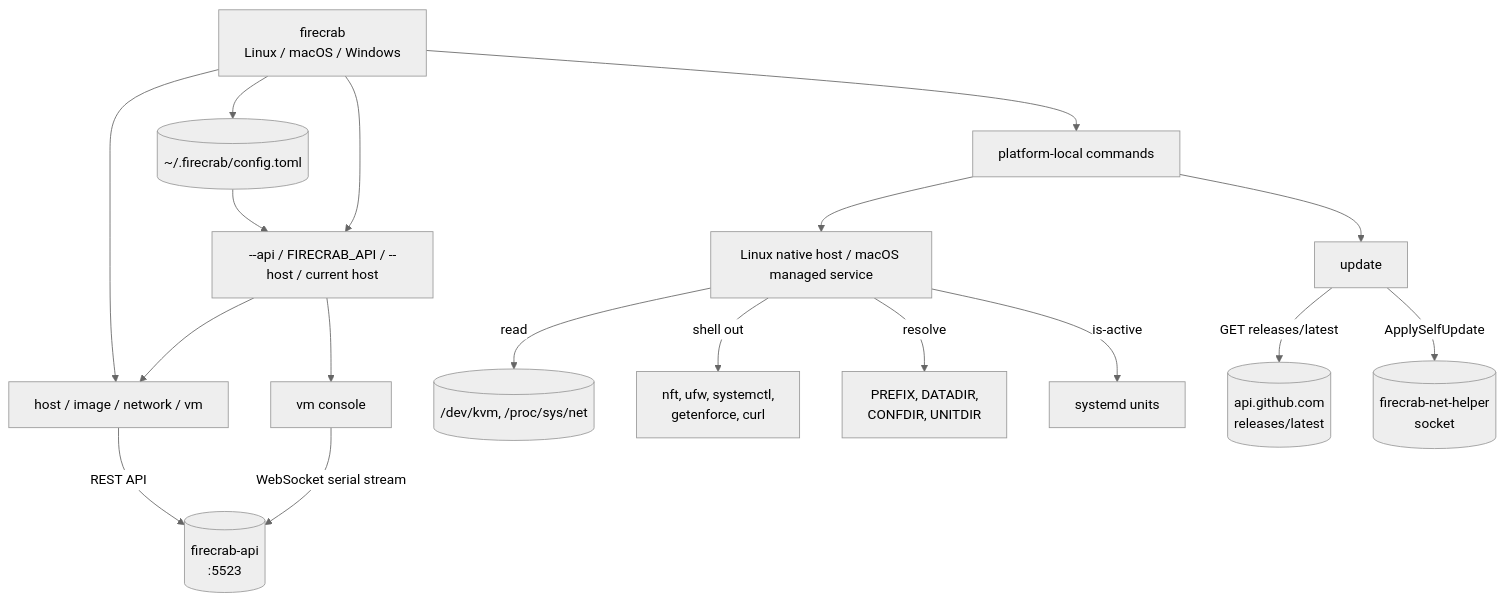
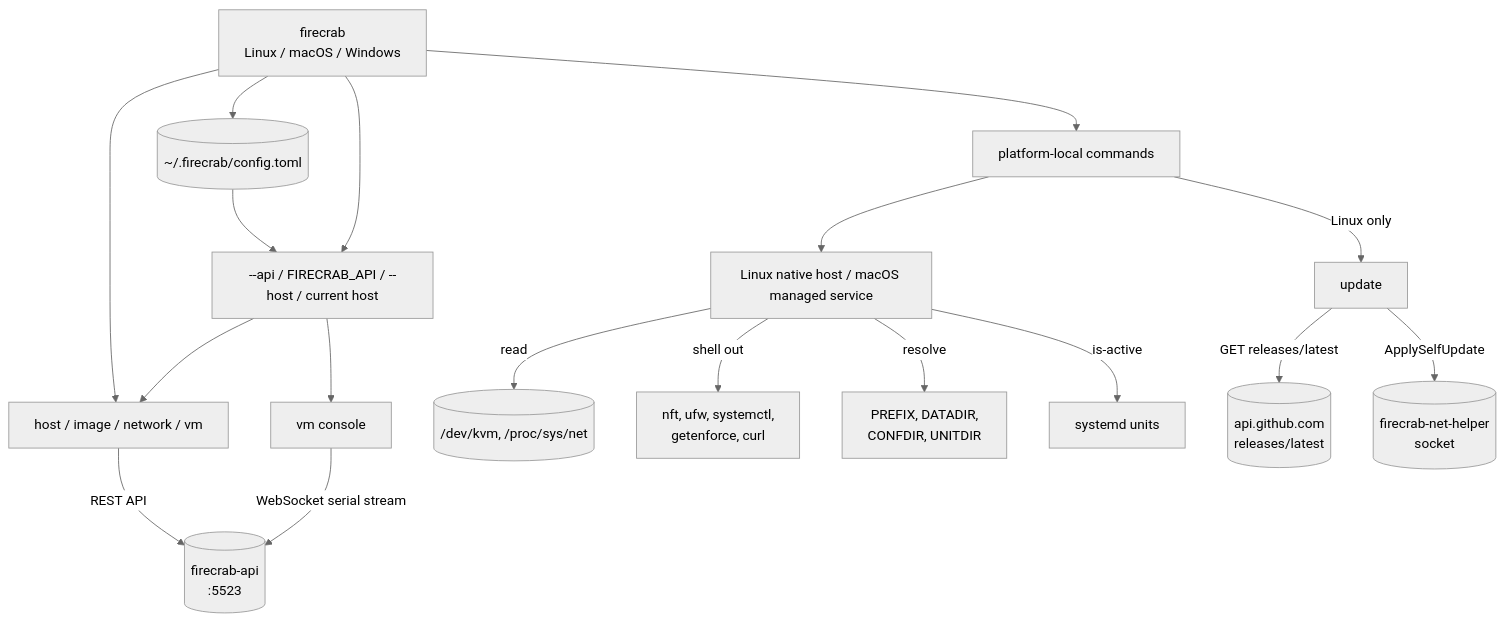
Before and after one commit to SteelCrab/firecrab: the diagram in public-docs/firecrab-cli.md, drawn with Mermaid (neutral theme). The commit also changed 3 other files, not shown here.

````diff
--- a/public-docs/firecrab-cli.md
+++ b/public-docs/firecrab-cli.md
@@ -29,35 +29,35 @@
 ```mermaid
 flowchart TD
     CLI["firecrab<br/>Linux / macOS / Windows"]
     Config[("~/.firecrab/config.toml")]
     Select["--api / FIRECRAB_API / --host / current host"]
     Local["platform-local commands"]
     Doctor["Linux native host / macOS managed service"]
     Resources["host / image / network / vm"]
     Console["vm console"]
     Update["update"]
     Proc[("/dev/kvm, /proc/sys/net")]
     Tools["nft, ufw, systemctl,\ngetenforce, curl"]
     Paths["PREFIX, DATADIR,\nCONFDIR, UNITDIR"]
     Units["systemd units"]
     API[("firecrab-api\n:5523")]
     GH[("api.github.com\nreleases/latest")]
     Helper[("firecrab-net-helper\nsocket")]
     CLI --> Config
     Config --> Select
     CLI --> Select
     CLI --> Local
     Local --> Doctor
     CLI --> Resources
     Select --> Console
-    Local --> Update
+    Local -->|Linux only| Update
     Doctor -->|read| Proc
     Doctor -->|shell out| Tools
     Doctor -->|resolve| Paths
     Doctor -->|is-active| Units
     Select --> Resources
     Resources -->|REST API| API
     Console -->|WebSocket serial stream| API
     Update -->|GET releases/latest| GH
     Update -->|ApplySelfUpdate| Helper
 ```
````
